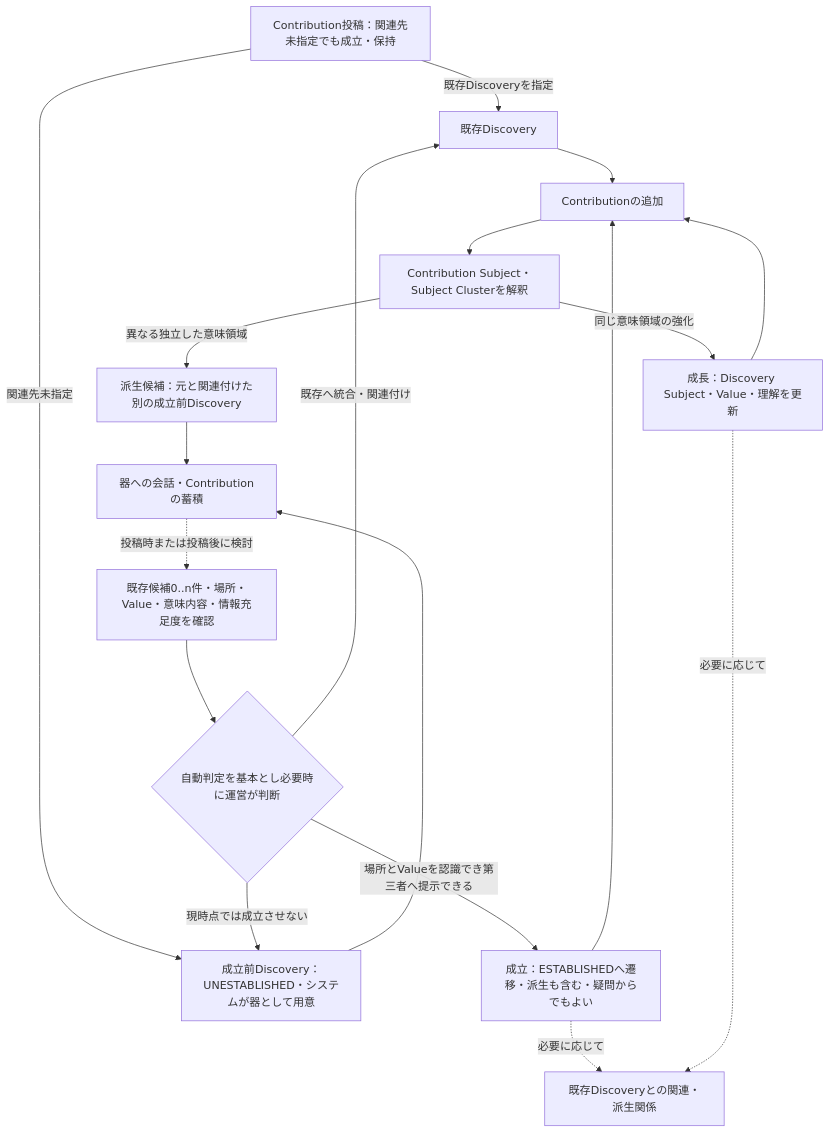
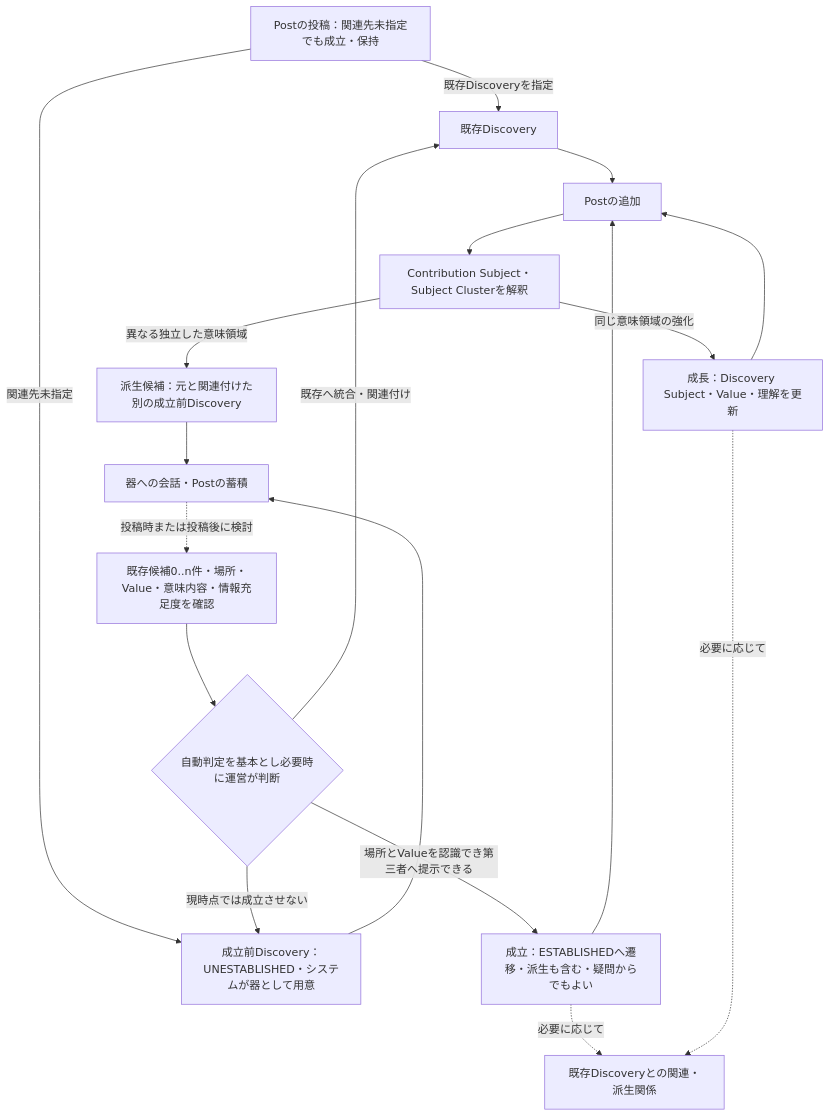
One commit to ex-day/platform changed the second of 6 diagrams in docs/ex-day_domain_model.md. Above: the diagram before and after it, drawn with Mermaid. The commit also changed other lines of this file and 3 other files, not shown here.

````diff
--- a/docs/ex-day_domain_model.md
+++ b/docs/ex-day_domain_model.md
@@ -263,21 +265,21 @@
 ```mermaid
 flowchart TD
-    I["Contribution投稿：関連先未指定でも成立・保持"]
+    I["Postの投稿：関連先未指定でも成立・保持"]
     I -->|既存Discoveryを指定| D["既存Discovery"]
     I -->|関連先未指定| U["成立前Discovery：UNESTABLISHED・システムが器として用意"]
-    U --> UC["器への会話・Contributionの蓄積"]
+    U --> UC["器への会話・Postの蓄積"]
     UC -.->|投稿時または投稿後に検討| R["既存候補0..n件・場所・Value・意味内容・情報充足度を確認"]
     R --> H{"自動判定を基本とし必要時に運営が判断"}
     H -->|既存へ統合・関連付け| D
     H -->|場所とValueを認識でき第三者へ提示できる| N["成立：ESTABLISHEDへ遷移・派生も含む・疑問からでもよい"]
     H -->|現時点では成立させない| U
-    N --> C["Contributionの追加"]
+    N --> C["Postの追加"]
     D --> C
     C --> S["Contribution Subject・Subject Clusterを解釈"]
     S -->|同じ意味領域の強化| G["成長：Discovery Subject・Value・理解を更新"]
     G --> C
     S -->|異なる独立した意味領域| B["派生候補：元と関連付けた別の成立前Discovery"]
     B --> UC
     N -.->|必要に応じて| L["既存Discoveryとの関連・派生関係"]
     G -.->|必要に応じて| L
 ```
````
